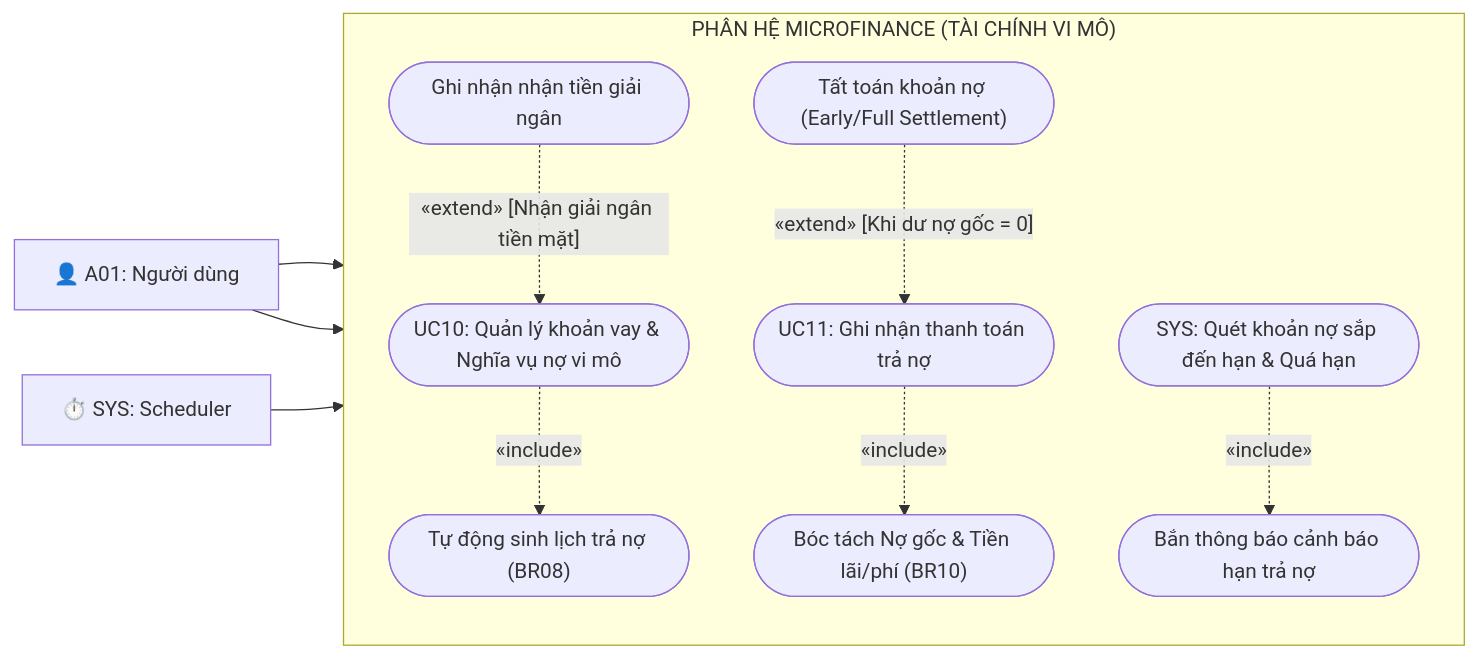
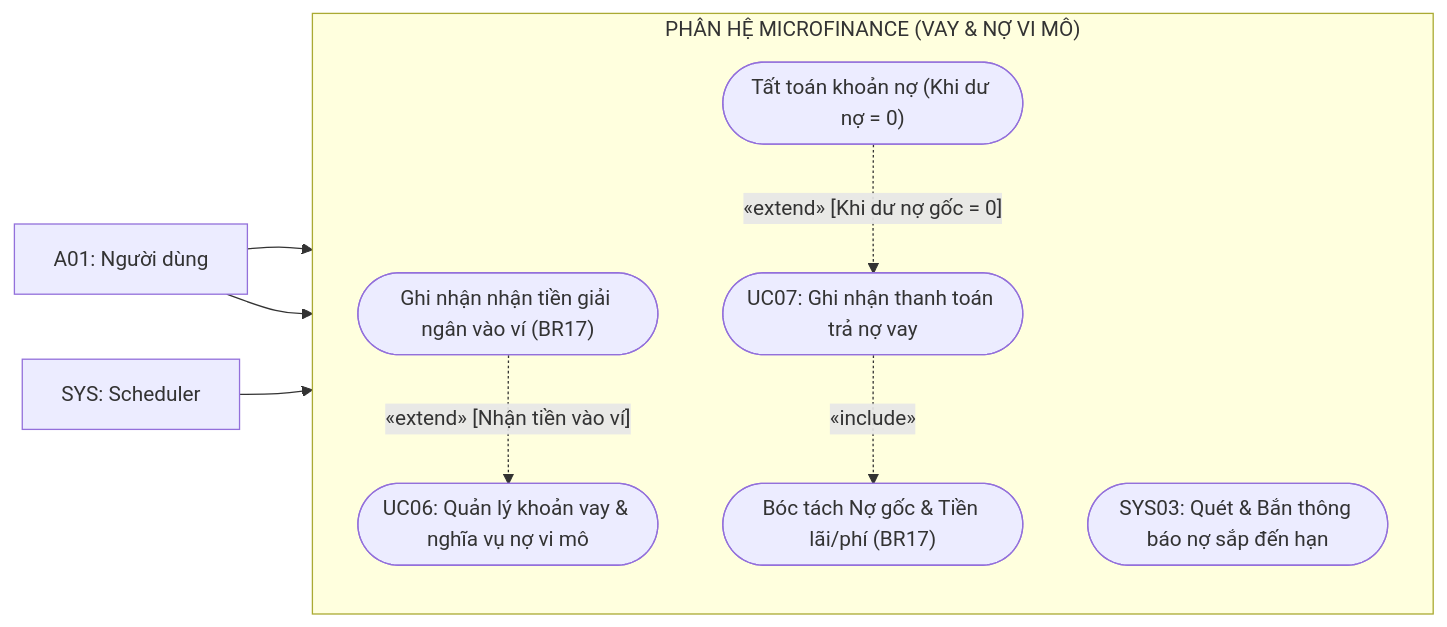
Before and after one commit to huytothevoz/SE---Microfinance-Personal-Wealth-Expense-Tracker: the fourth of 7 diagrams in docs/02_elaboration/uml_modeling/usecase_diagram.md, drawn with Mermaid. The commit also changed other lines of this file and 2 other files, not shown here.

Commit message:
I create the activity diagram, minimized project scope to 13 usecases include 11 usecase for user and 2 usecases for admin

````diff
--- a/docs/02_elaboration/uml_modeling/usecase_diagram.md
+++ b/docs/02_elaboration/uml_modeling/usecase_diagram.md
@@ -240,37 +190,31 @@
 ```mermaid
 flowchart LR
     %% Actors
-    User["👤 A01: Người dùng"]
-    Scheduler["⏱️ SYS: Scheduler"]
+    User["A01: Người dùng"]
+    Scheduler["SYS: Scheduler"]
 
-    subgraph Boundary_Microfinance["PHÂN HỆ MICROFINANCE (TÀI CHÍNH VI MÔ)"]
+    subgraph Boundary_Microfinance["PHÂN HỆ MICROFINANCE (VAY & NỢ VI MÔ)"]
         direction TB
 
-        UC10(["UC10: Quản lý khoản vay & Nghĩa vụ nợ vi mô"])
-        UC10_Sched(["Tự động sinh lịch trả nợ (BR08)"])
-        UC10_Disb(["Ghi nhận nhận tiền giải ngân"])
+        UC06(["UC06: Quản lý khoản vay & nghĩa vụ nợ vi mô"])
+        UC06_Disb(["Ghi nhận nhận tiền giải ngân vào ví (BR17)"])
 
-        UC11(["UC11: Ghi nhận thanh toán trả nợ"])
-        UC11_Split(["Bóc tách Nợ gốc & Tiền lãi/phí (BR10)"])
-        UC11_Settle(["Tất toán khoản nợ (Early/Full Settlement)"])
+        UC07(["UC07: Ghi nhận thanh toán trả nợ vay"])
+        UC07_Split(["Bóc tách Nợ gốc & Tiền lãi/phí (BR17)"])
+        UC07_Settle(["Tất toán khoản nợ (Khi dư nợ = 0)"])
 
-        CheckDue(["SYS: Quét khoản nợ sắp đến hạn & Quá hạn"])
-        AlertDebt(["Bắn thông báo cảnh báo hạn trả nợ"])
+        AlertDebt(["SYS03: Quét & Bắn thông báo nợ sắp đến hạn"])
     end
 
     %% Tương tác
-    User --> UC10
-    User --> UC11
-    Scheduler --> CheckDue
+    User --> UC06
+    User --> UC07
+    Scheduler --> AlertDebt
 
-    %% Include / Extend trong UC10
-    UC10 -.->|"«include»"| UC10_Sched
-    UC10_Disb -.->|"«extend» [Nhận giải ngân tiền mặt]"| UC10
+    %% Include / Extend trong UC06
+    UC06_Disb -.->|"«extend» [Nhận tiền vào ví]"| UC06
 
-    %% Include / Extend trong UC11
-    UC11 -.->|"«include»"| UC11_Split
-    UC11_Settle -.->|"«extend» [Khi dư nợ gốc = 0]"| UC11
-
-    %% Tác vụ nền quét hạn nợ
-    CheckDue -.->|"«include»"| AlertDebt
+    %% Include / Extend trong UC07
+    UC07 -.->|"«include»"| UC07_Split
+    UC07_Settle -.->|"«extend» [Khi dư nợ gốc = 0]"| UC07
 ```
````
